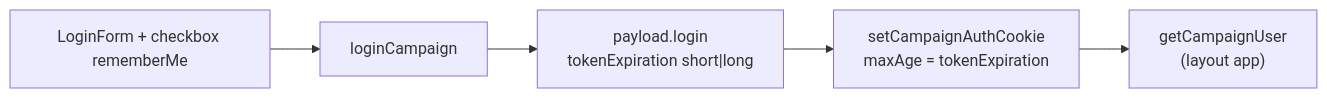
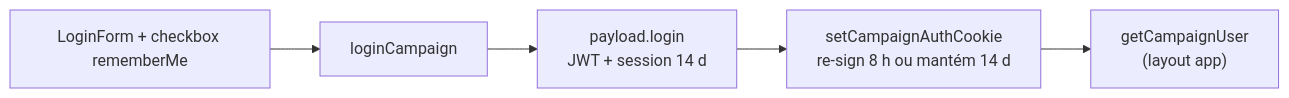
The diagram in docs/plans/lembrar-de-mim-sessao-campanha.md (fsolla/teqo), drawn with Mermaid before and after one commit. The commit also changed other lines of this file and 16 other files, not shown here.

````diff
--- a/docs/plans/lembrar-de-mim-sessao-campanha.md
+++ b/docs/plans/lembrar-de-mim-sessao-campanha.md
@@ -57,7 +65,7 @@
 ```mermaid
 flowchart LR
   form["LoginForm + checkbox rememberMe"] --> action["loginCampaign"]
-  action --> login["payload.login<br/>tokenExpiration short|long"]
-  login --> cookie["setCampaignAuthCookie<br/>maxAge = tokenExpiration"]
+  action --> login["payload.login<br/>JWT + session 14 d"]
+  login --> cookie["setCampaignAuthCookie<br/>re-sign 8 h ou mantém 14 d"]
   cookie --> gate["getCampaignUser<br/>(layout app)"]
 ```
````
